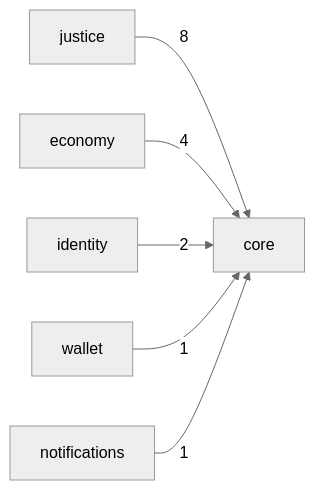
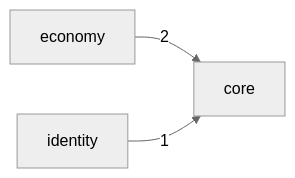
The diagram in reports/module_dependencies.md (vitronishbo-wq/sila-system), drawn with Mermaid (neutral theme) before and after one commit. The commit also changed other lines of this file and 62 other files, not shown here.

````diff
--- a/reports/module_dependencies.md
+++ b/reports/module_dependencies.md
@@ -71,8 +68,5 @@
 ```mermaid
 graph LR
-  justice -->|8| core
-  economy -->|4| core
-  identity -->|2| core
-  wallet -->|1| core
-  notifications -->|1| core
+  economy -->|2| core
+  identity -->|1| core
 ```
````
